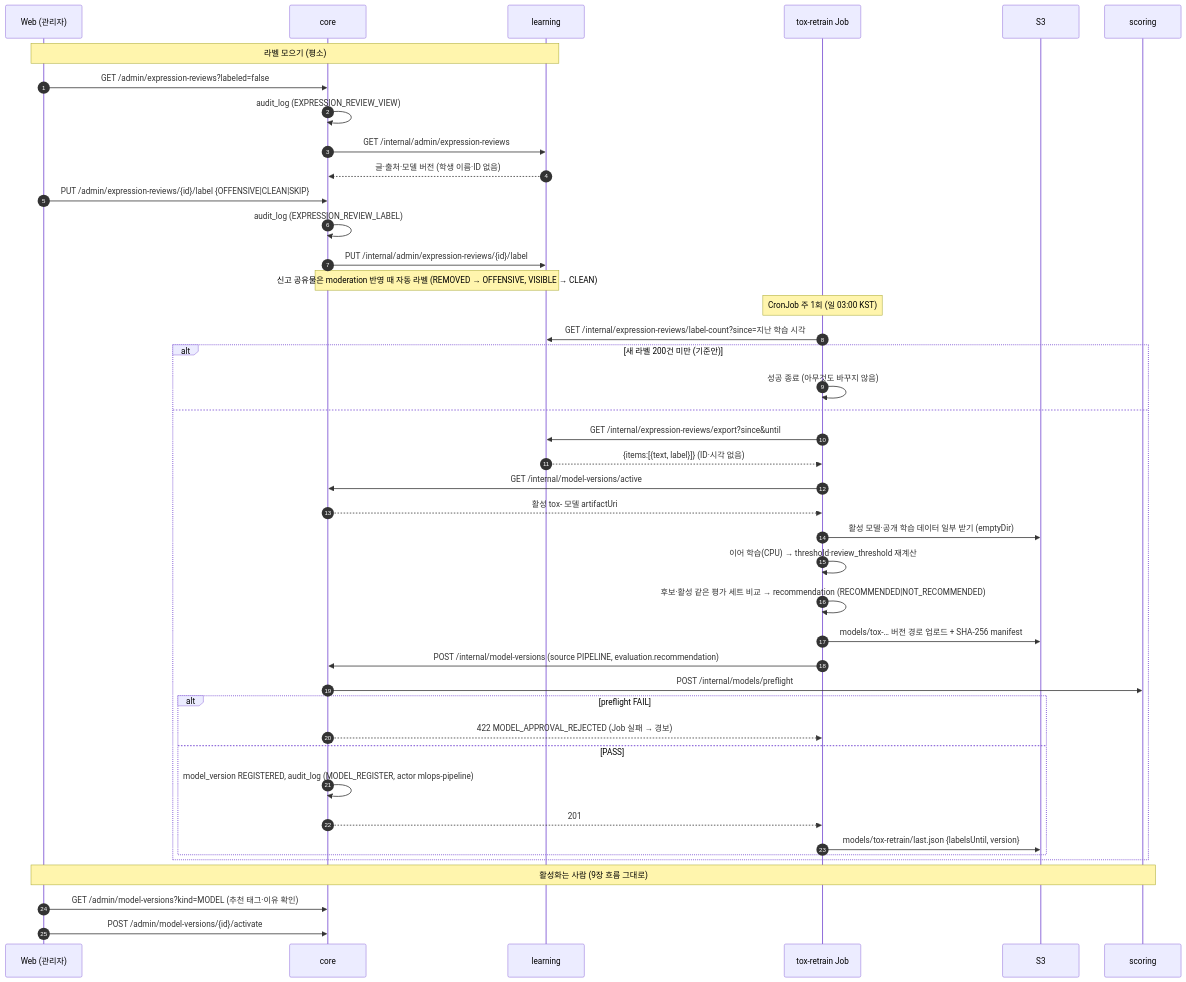
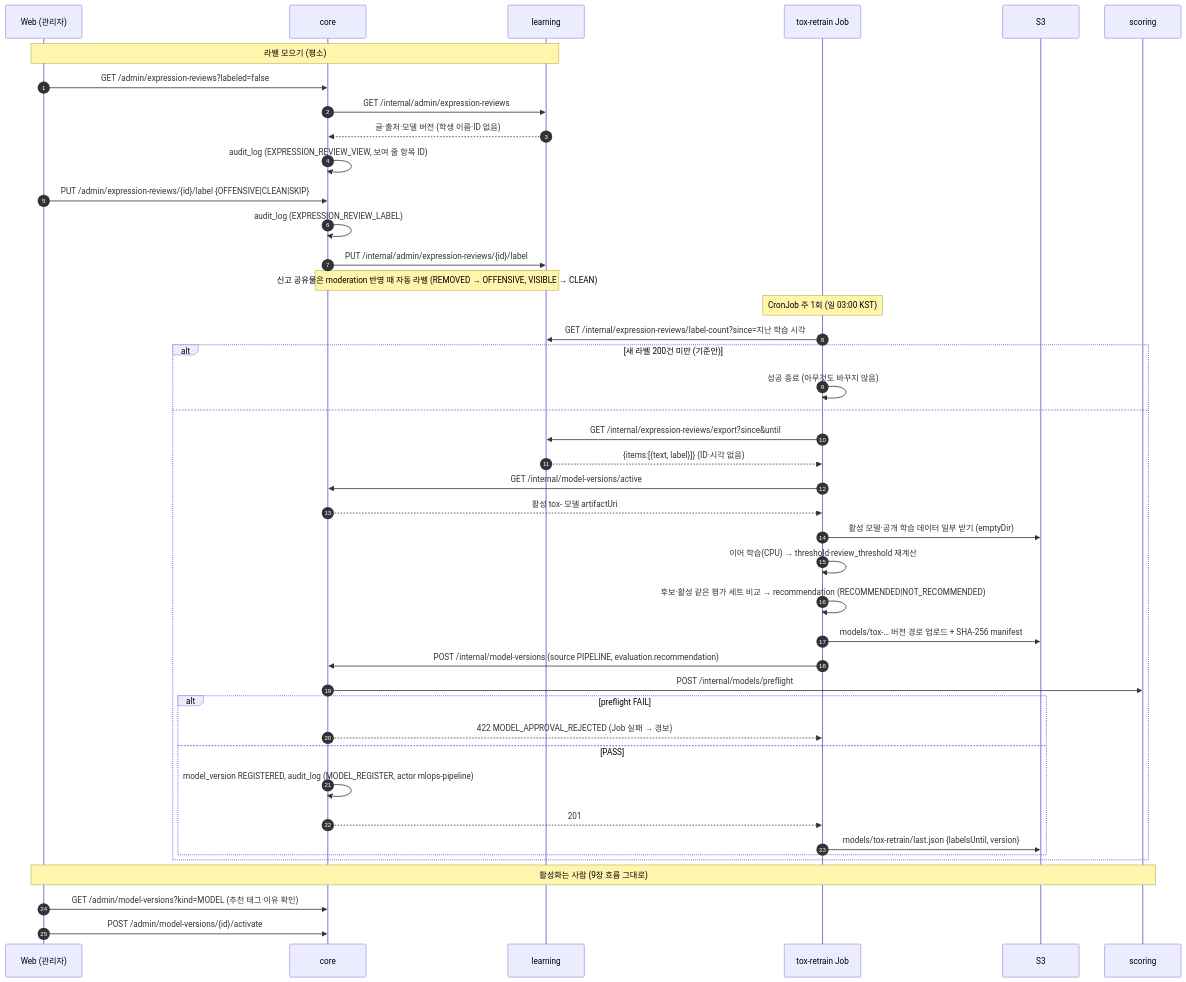
Before and after one commit to SKNETWORKS-FAMILY-AICAMP/SKN34-FINAL-3TEAM: diagram 38 of 42 in docs/design/sequence-diagram.md, drawn with Mermaid. The commit also changed 23 other files, not shown here.

````diff
--- a/docs/design/sequence-diagram.md
+++ b/docs/design/sequence-diagram.md
@@ -1601,48 +1601,48 @@
 ```mermaid
 sequenceDiagram
   autonumber
   participant AW as Web (관리자)
   participant C as core
   participant L as learning
   participant J as tox-retrain Job
   participant S3 as S3
   participant S as scoring
 
   Note over AW,L: 라벨 모으기 (평소)
   AW->>C: GET /admin/expression-reviews?labeled=false
-  C->>C: audit_log (EXPRESSION_REVIEW_VIEW)
   C->>L: GET /internal/admin/expression-reviews
   L-->>C: 글·출처·모델 버전 (학생 이름·ID 없음)
+  C->>C: audit_log (EXPRESSION_REVIEW_VIEW, 보여 줄 항목 ID)
   AW->>C: PUT /admin/expression-reviews/{id}/label {OFFENSIVE|CLEAN|SKIP}
   C->>C: audit_log (EXPRESSION_REVIEW_LABEL)
   C->>L: PUT /internal/admin/expression-reviews/{id}/label
   Note over C,L: 신고 공유물은 moderation 반영 때 자동 라벨 (REMOVED → OFFENSIVE, VISIBLE → CLEAN)
 
   Note over J: CronJob 주 1회 (일 03:00 KST)
   J->>L: GET /internal/expression-reviews/label-count?since=지난 학습 시각
   alt 새 라벨 200건 미만 (기준안)
     J->>J: 성공 종료 (아무것도 바꾸지 않음)
   else
     J->>L: GET /internal/expression-reviews/export?since&until
     L-->>J: {items:[{text, label}]} (ID·시각 없음)
     J->>C: GET /internal/model-versions/active
     C-->>J: 활성 tox- 모델 artifactUri
     J->>S3: 활성 모델·공개 학습 데이터 일부 받기 (emptyDir)
     J->>J: 이어 학습(CPU) → threshold·review_threshold 재계산
     J->>J: 후보·활성 같은 평가 세트 비교 → recommendation (RECOMMENDED|NOT_RECOMMENDED)
     J->>S3: models/tox-… 버전 경로 업로드 + SHA-256 manifest
     J->>C: POST /internal/model-versions (source PIPELINE, evaluation.recommendation)
     C->>S: POST /internal/models/preflight
     alt preflight FAIL
       C-->>J: 422 MODEL_APPROVAL_REJECTED (Job 실패 → 경보)
     else PASS
       C->>C: model_version REGISTERED, audit_log (MODEL_REGISTER, actor mlops-pipeline)
       C-->>J: 201
       J->>S3: models/tox-retrain/last.json {labelsUntil, version}
     end
   end
 
   Note over AW,S: 활성화는 사람 (9장 흐름 그대로)
   AW->>C: GET /admin/model-versions?kind=MODEL (추천 태그·이유 확인)
   AW->>C: POST /admin/model-versions/{id}/activate
 ```
````
